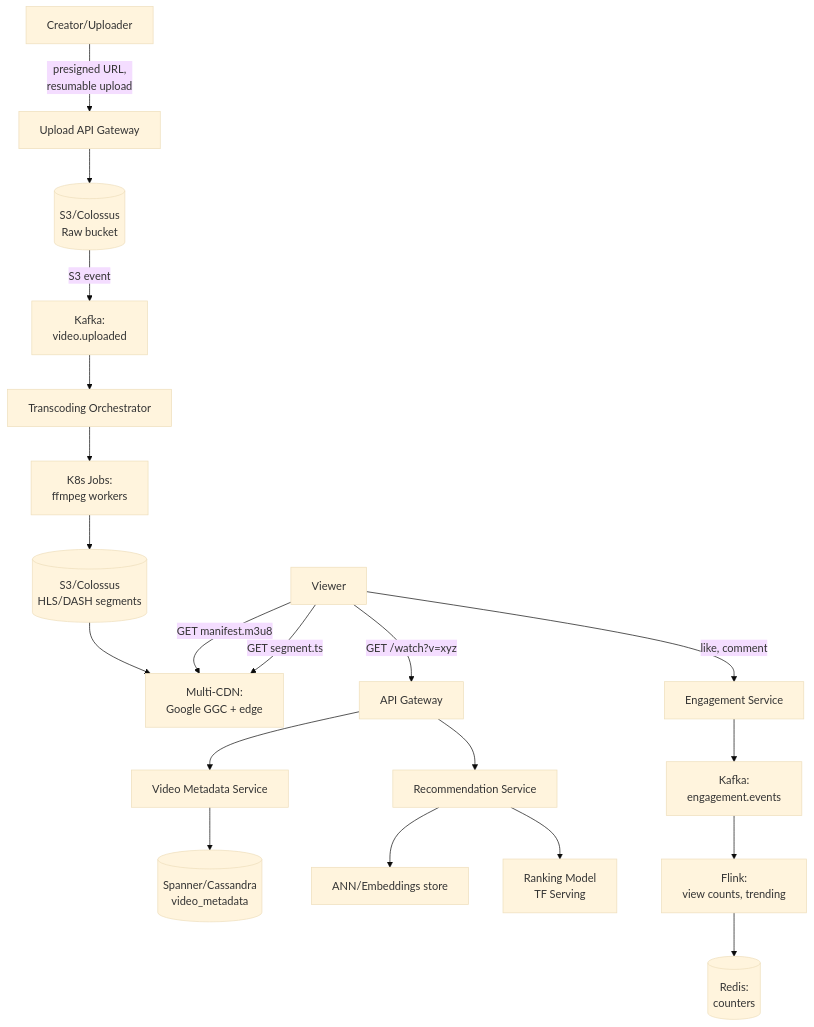
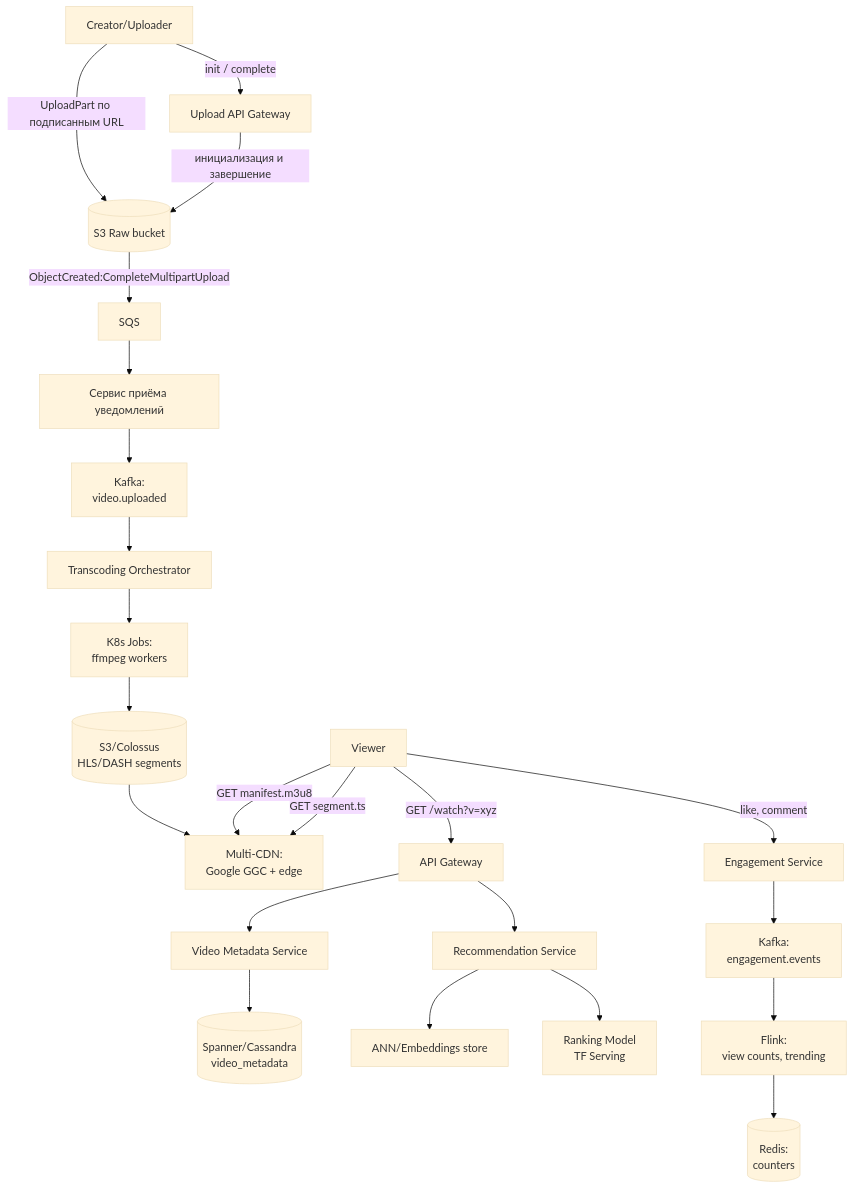
The first of 10 diagrams in cheatsheets/interview/system-design/design-youtube-interview.md (akeverus/cheat-sheet), drawn with Mermaid (base theme) before and after one commit. The commit also changed other lines of this file and 154 other files, not shown here.

````diff
--- a/cheatsheets/interview/system-design/design-youtube-interview.md
+++ b/cheatsheets/interview/system-design/design-youtube-interview.md
@@ -157,24 +157,27 @@
 ```mermaid
 flowchart TD
-    Creator[Creator/Uploader] -->|presigned URL,<br/>resumable upload| UploadGW[Upload API Gateway]
-    UploadGW --> S3Raw[(S3/Colossus<br/>Raw bucket)]
-    S3Raw -->|S3 event| Kafka[Kafka:<br/>video.uploaded]
+    Creator[Creator/Uploader] -->|init / complete| UploadGW[Upload API Gateway]
+    Creator -->|UploadPart по подписанным URL| S3Raw[(S3 Raw bucket)]
+    UploadGW -->|инициализация и завершение| S3Raw
+    S3Raw -->|ObjectCreated:CompleteMultipartUpload| Queue[SQS]
+    Queue --> Relay[Сервис приёма уведомлений]
+    Relay --> Kafka[Kafka:<br/>video.uploaded]
     Kafka --> TranscodeOrch[Transcoding Orchestrator]
     TranscodeOrch --> K8sJobs[K8s Jobs:<br/>ffmpeg workers]
     K8sJobs --> S3Out[(S3/Colossus<br/>HLS/DASH segments)]
     S3Out --> CDN[Multi-CDN:<br/>Google GGC + edge]
 
     Viewer[Viewer] -->|GET /watch?v=xyz| API[API Gateway]
     API --> MetaSvc[Video Metadata Service]
     MetaSvc --> Spanner[(Spanner/Cassandra<br/>video_metadata)]
     API --> RecSvc[Recommendation Service]
     RecSvc --> ANN[ANN/Embeddings store]
     RecSvc --> RankModel[Ranking Model<br/>TF Serving]
     Viewer -->|GET manifest.m3u8| CDN
     Viewer -->|GET segment.ts| CDN
 
     Viewer -->|like, comment| EngageSvc[Engagement Service]
     EngageSvc --> KafkaEng[Kafka:<br/>engagement.events]
     KafkaEng --> Flink[Flink:<br/>view counts, trending]
     Flink --> Redis[(Redis:<br/>counters)]
 ```
````
